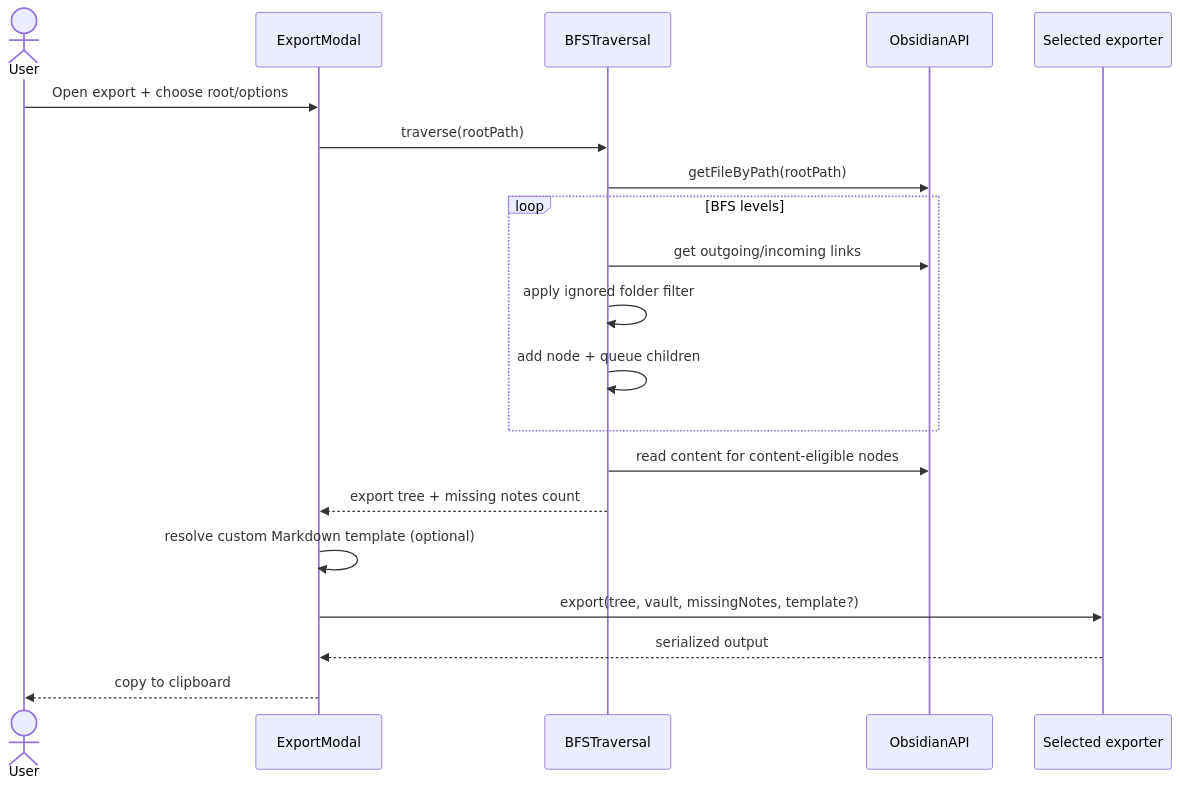
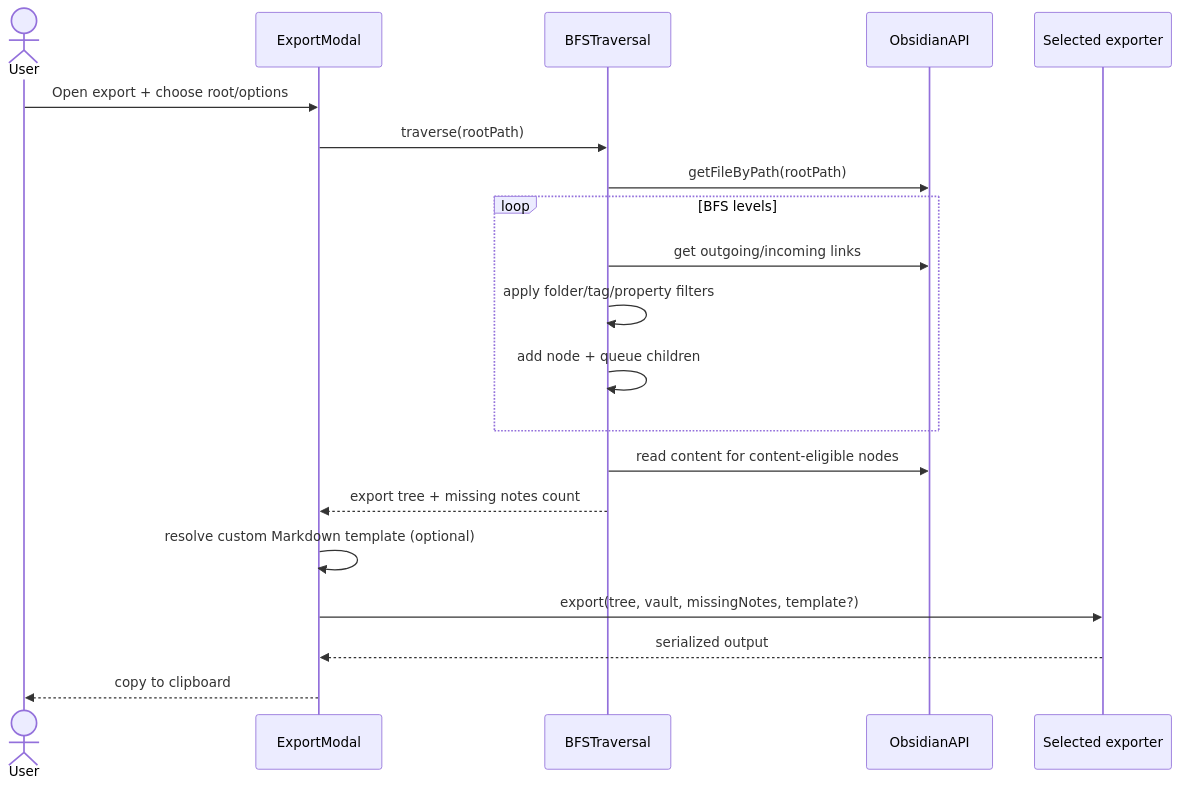
Before and after one commit to LittleHaku/obsidian-smart-export: the first of 3 diagrams in docs/export-architecture.md, drawn with Mermaid. The commit also changed other lines of this file and 16 other files, not shown here.

First line of the commit message:
feat: add tag and property traversal exclusions (#57)

````diff
--- a/docs/export-architecture.md
+++ b/docs/export-architecture.md
@@ -21,23 +22,23 @@
 ```mermaid
 sequenceDiagram
     actor User
     participant Modal as ExportModal
     participant Traversal as BFSTraversal
     participant API as ObsidianAPI
     participant Exporter as Selected exporter
 
     User->>Modal: Open export + choose root/options
     Modal->>Traversal: traverse(rootPath)
     Traversal->>API: getFileByPath(rootPath)
     loop BFS levels
         Traversal->>API: get outgoing/incoming links
-        Traversal->>Traversal: apply ignored folder filter
+        Traversal->>Traversal: apply folder/tag/property filters
         Traversal->>Traversal: add node + queue children
     end
     Traversal->>API: read content for content-eligible nodes
     Traversal-->>Modal: export tree + missing notes count
     Modal->>Modal: resolve custom Markdown template (optional)
     Modal->>Exporter: export(tree, vault, missingNotes, template?)
     Exporter-->>Modal: serialized output
     Modal-->>User: copy to clipboard
 ```
````
